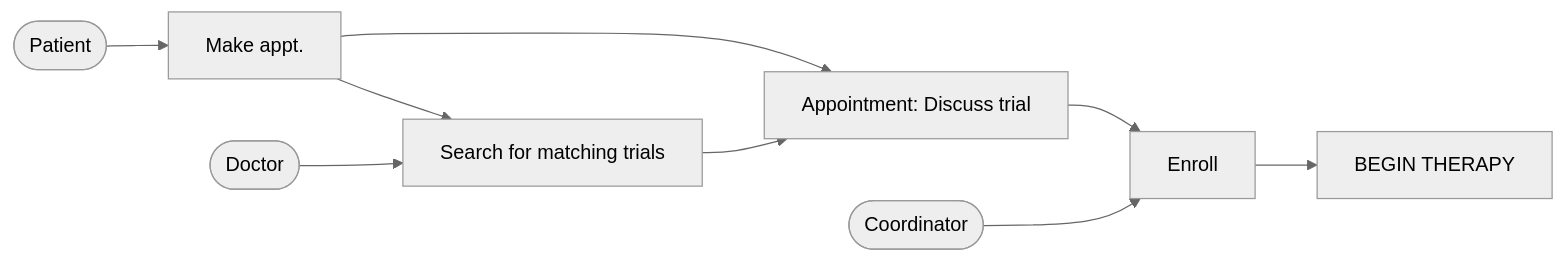
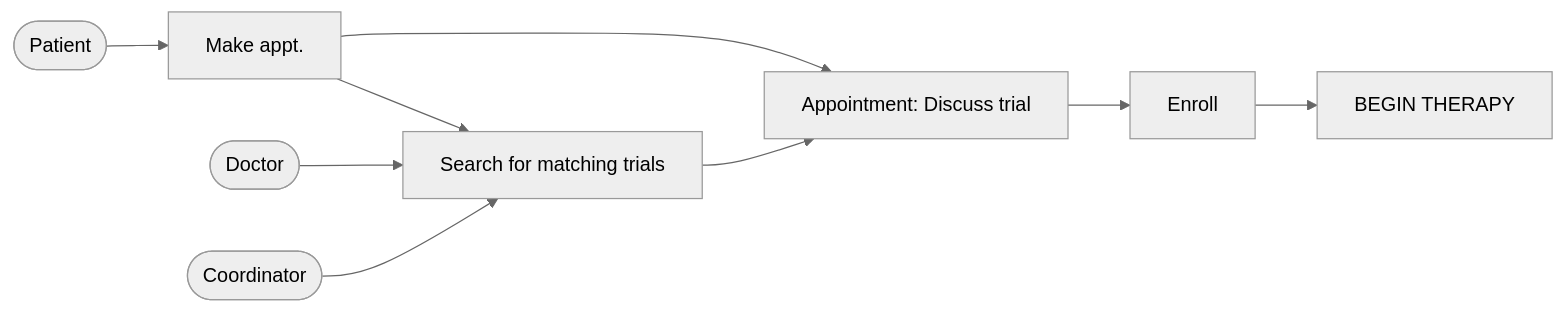
One commit to seapawn1/IDEO-Scrum changed the first of 3 diagrams in plugins/ideo-scrum/skills/design-kernel/DesignSprint/monday/make-a-map.md. Above: the diagram before and after it, drawn with Mermaid (neutral theme).

Commit message:
fix: 修复流程图中的协调员节点连接，确保逻辑正确

````diff
--- a/plugins/ideo-scrum/skills/design-kernel/DesignSprint/monday/make-a-map.md
+++ b/plugins/ideo-scrum/skills/design-kernel/DesignSprint/monday/make-a-map.md
@@ -47,15 +47,15 @@
 ```mermaid
 flowchart LR
     Patient([Patient])
     Doctor([Doctor])
     Coordinator([Coordinator])
 
     Patient --> MakeAppt[Make appt.]
     MakeAppt --> Appt[Appointment: Discuss trial]
     MakeAppt --> Search[Search for matching trials]
     Doctor --> Search
+    Coordinator --> Search
     Search --> Appt
     Appt --> Enroll[Enroll]
-    Coordinator --> Enroll
     Enroll --> Begin[BEGIN THERAPY]
 ```
````
